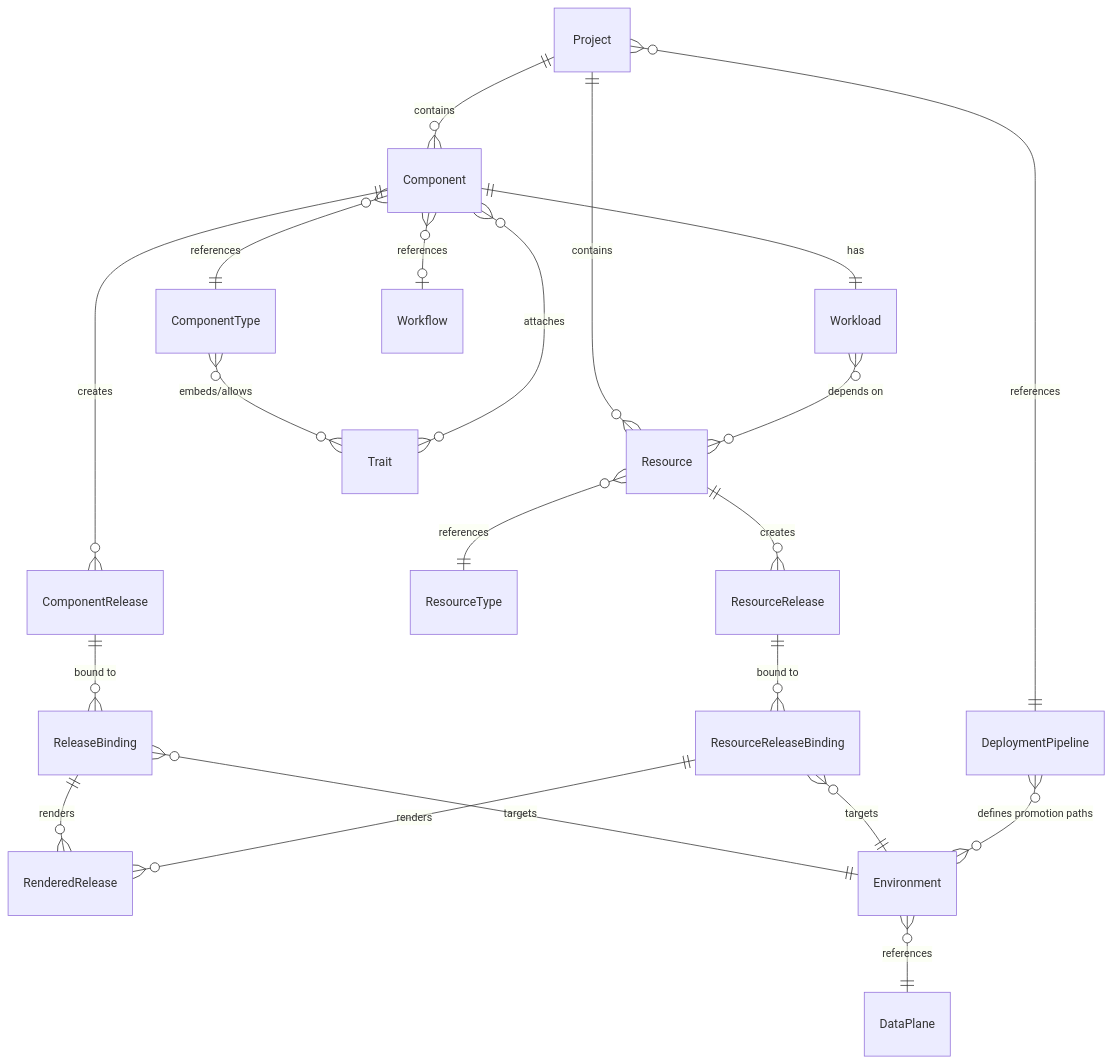
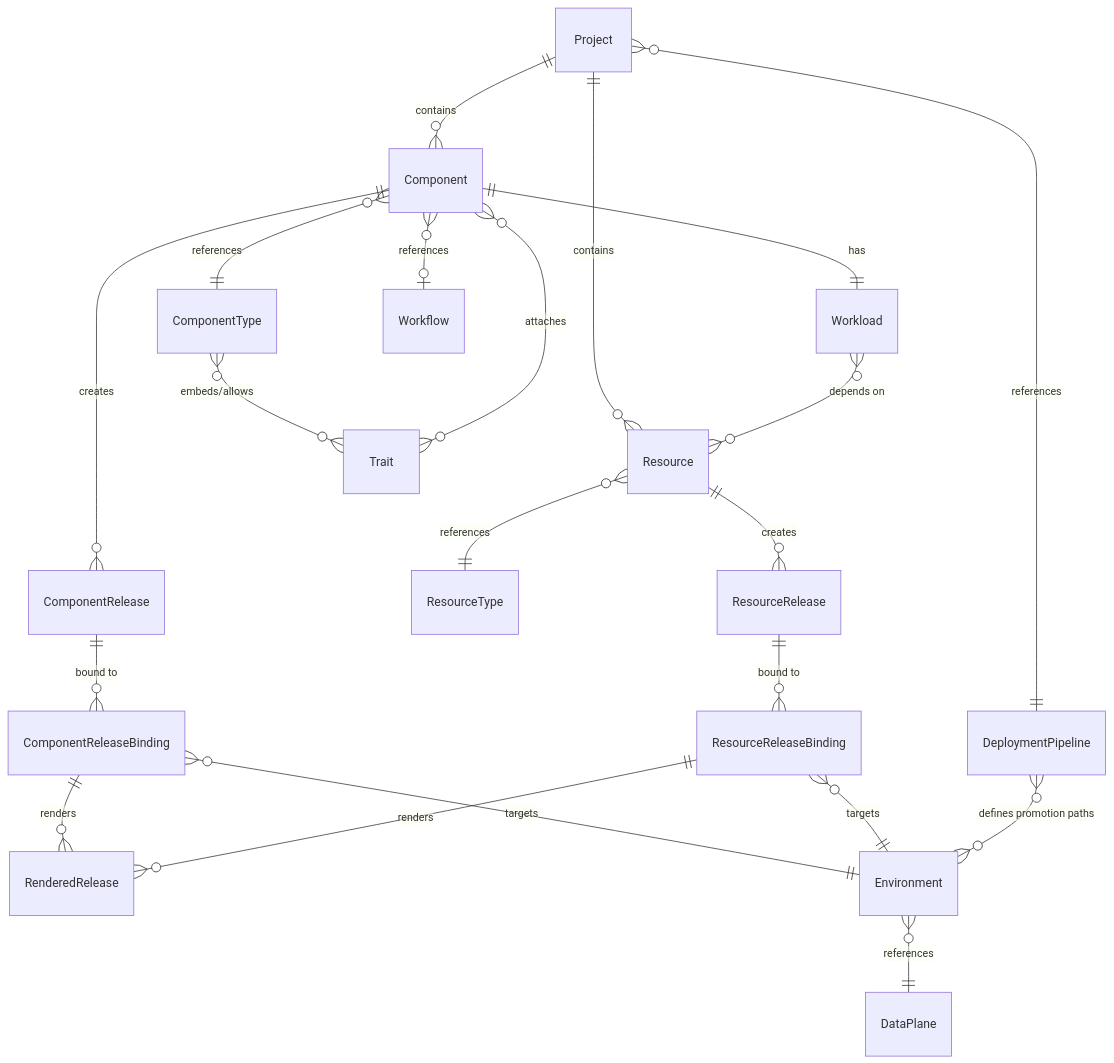
One commit to openchoreo/openchoreo changed the diagram in docs/resource-kind-reference-guide.md. Above: the diagram before and after it, drawn with Mermaid. The commit also changed other lines of this file and 128 other files, not shown here.

First line of the commit message:
Rename ReleaseBinding to ComponentReleaseBinding

````diff
--- a/docs/resource-kind-reference-guide.md
+++ b/docs/resource-kind-reference-guide.md
@@ -60,23 +60,23 @@
 ```mermaid
 erDiagram
     Project ||--o{ Component : "contains"
     Project ||--o{ Resource : "contains"
     Component ||--|| Workload : "has"
     Component }o--|| ComponentType : "references"
     Component ||--o{ ComponentRelease : "creates"
-    ComponentRelease ||--o{ ReleaseBinding : "bound to"
-    ReleaseBinding ||--o{ RenderedRelease : "renders"
-    ReleaseBinding }o--|| Environment : "targets"
+    ComponentRelease ||--o{ ComponentReleaseBinding : "bound to"
+    ComponentReleaseBinding ||--o{ RenderedRelease : "renders"
+    ComponentReleaseBinding }o--|| Environment : "targets"
     Resource }o--|| ResourceType : "references"
     Resource ||--o{ ResourceRelease : "creates"
     ResourceRelease ||--o{ ResourceReleaseBinding : "bound to"
     ResourceReleaseBinding ||--o{ RenderedRelease : "renders"
     ResourceReleaseBinding }o--|| Environment : "targets"
     Workload }o--o{ Resource : "depends on"
     Environment }o--|| DataPlane : "references"
     Project }o--|| DeploymentPipeline : "references"
     DeploymentPipeline }o--o{ Environment : "defines promotion paths"
     ComponentType }o--o{ Trait : "embeds/allows"
     Component }o--o{ Trait : "attaches"
     Component }o--o| Workflow : "references"
 ```
````
